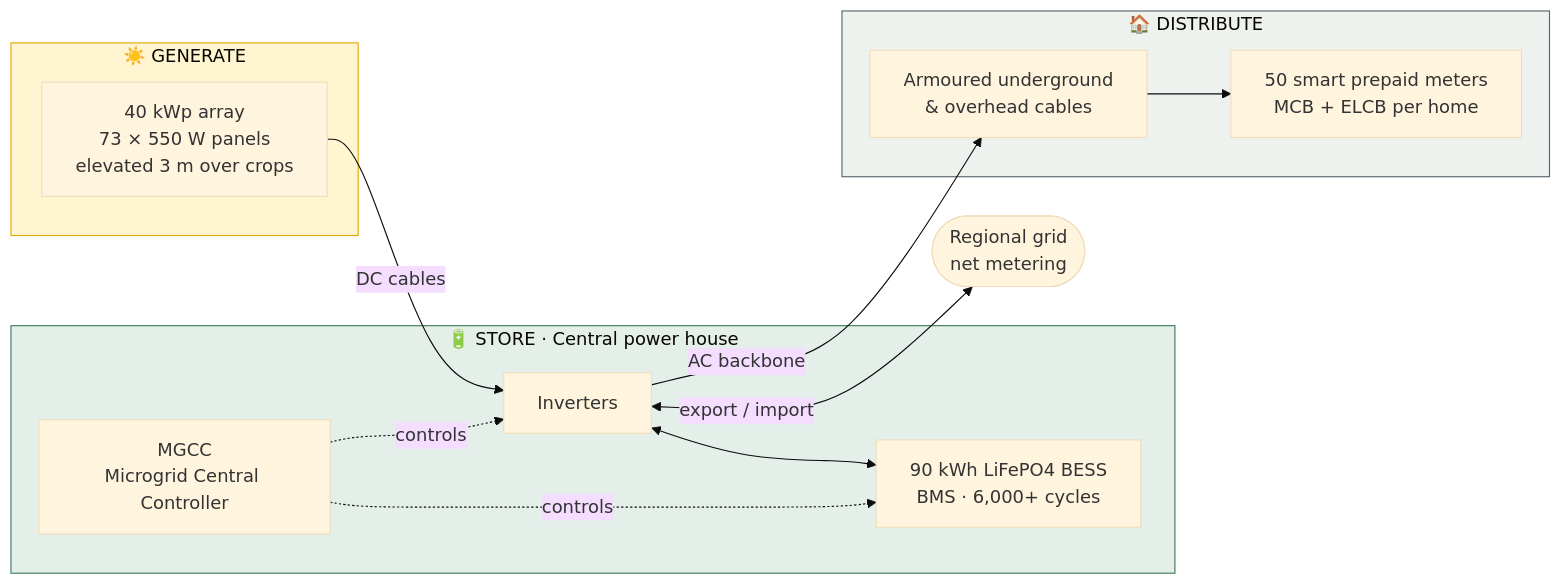
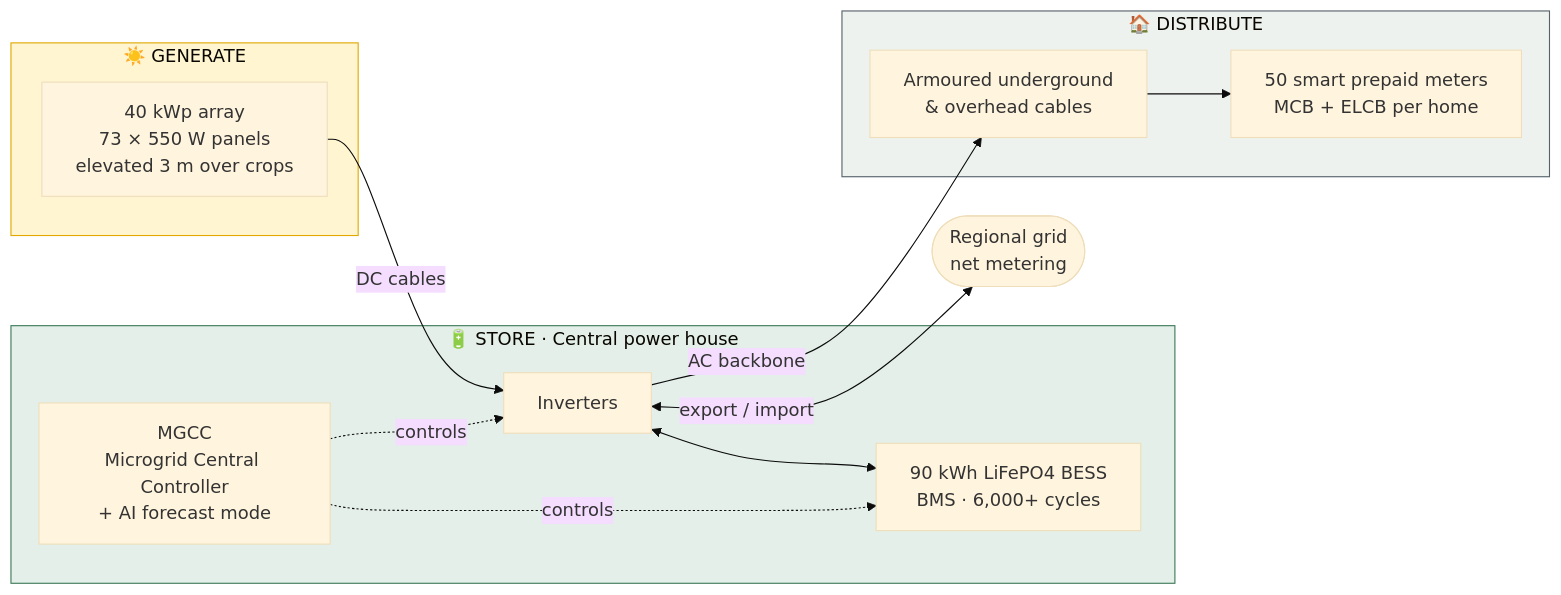
The sixth of 9 diagrams in README.md (Roushan-2104/Urasicous-Clean-Tech), drawn with Mermaid (base theme) before and after one commit. The commit also changed other lines of this file and 18 other files, not shown here.

````diff
--- a/README.md
+++ b/README.md
@@ -193,25 +285,25 @@
 ```mermaid
 flowchart LR
     subgraph G["☀️ GENERATE"]
         P["40 kWp array<br>73 × 550 W panels<br>elevated 3 m over crops"]
     end
     subgraph S["🔋 STORE · Central power house"]
         I["Inverters"]
-        M["MGCC<br>Microgrid Central Controller"]
+        M["MGCC<br>Microgrid Central Controller<br>+ AI forecast mode"]
         B["90 kWh LiFePO4 BESS<br>BMS · 6,000+ cycles"]
     end
     subgraph D["🏠 DISTRIBUTE"]
         C["Armoured underground<br>& overhead cables"]
         H["50 smart prepaid meters<br>MCB + ELCB per home"]
     end
     N(["Regional grid<br>net metering"])
     P -- "DC cables" --> I
     I <--> B
     M -. controls .-> I
     M -. controls .-> B
     I -- "AC backbone" --> C --> H
     I <-->|"export / import"| N
     style G fill:#fff6d1,stroke:#e0a800
     style S fill:#e3efe8,stroke:#3d7a58
     style D fill:#eef2ef,stroke:#56636a
 ```
````
